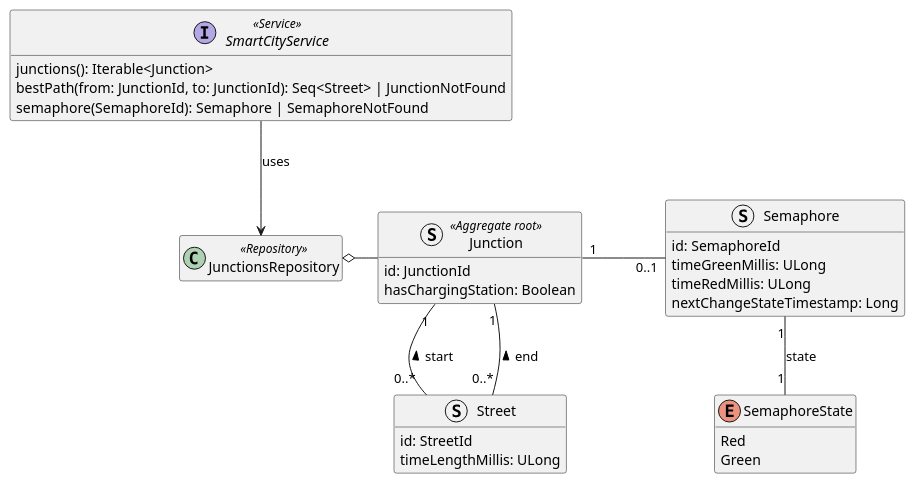
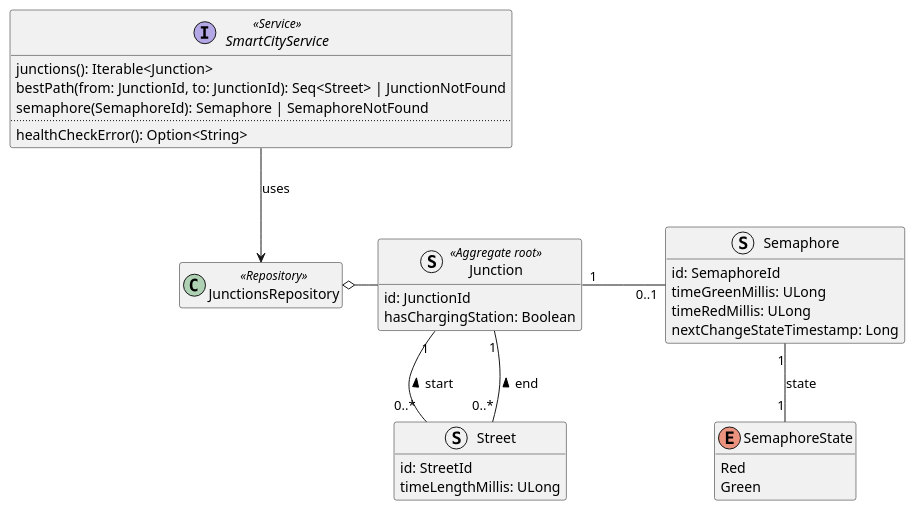
Before and after one commit to Ventus218/SAP-assignment-03: the diagram in doc/diagrams/src/smart-city-domain-model.puml, drawn with PlantUML.

Commit message:
Add healthcheck method to SmarCityService

```diff
--- a/doc/diagrams/src/smart-city-domain-model.puml
+++ b/doc/diagrams/src/smart-city-domain-model.puml
@@ -1,43 +1,45 @@
 @startuml smart-city-domain-model
 
 hide empty members
 
 struct Junction <<Aggregate root>> {
     id: JunctionId
     hasChargingStation: Boolean
 }
 
 struct Street {
     id: StreetId
     timeLengthMillis: ULong
 }
 
 struct Semaphore {
     id: SemaphoreId
     timeGreenMillis: ULong
     timeRedMillis: ULong
     nextChangeStateTimestamp: Long
 }
 
 enum SemaphoreState {
     Red
     Green
 }
 
 interface SmartCityService <<Service>> {
     junctions(): Iterable<Junction>
     bestPath(from: JunctionId, to: JunctionId): Seq<Street> | JunctionNotFound
     semaphore(SemaphoreId): Semaphore | SemaphoreNotFound
+    ..
+    healthCheckError(): Option<String>
 }
 
 class JunctionsRepository <<Repository>>
 
 Junction "1" -r- "0..1" Semaphore : "              "
 Street "0..*" -u- "1" Junction : "start >"
 Street -u[hidden]- Junction
 Street "0..*" -u- "1" Junction : "end >"
 Semaphore "1" -- "1" SemaphoreState : "state"
 SmartCityService --> JunctionsRepository : "uses"
 JunctionsRepository o- Junction
 
 @enduml
```
